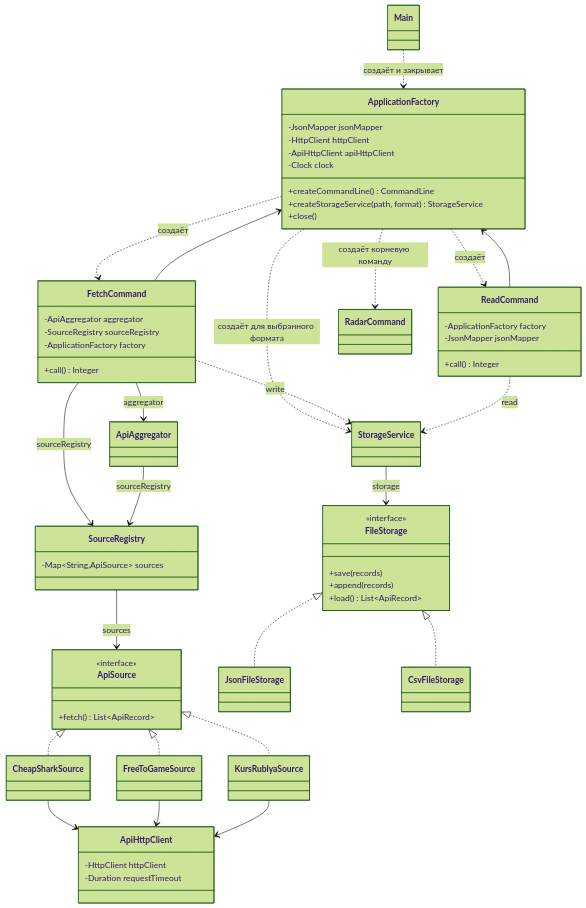
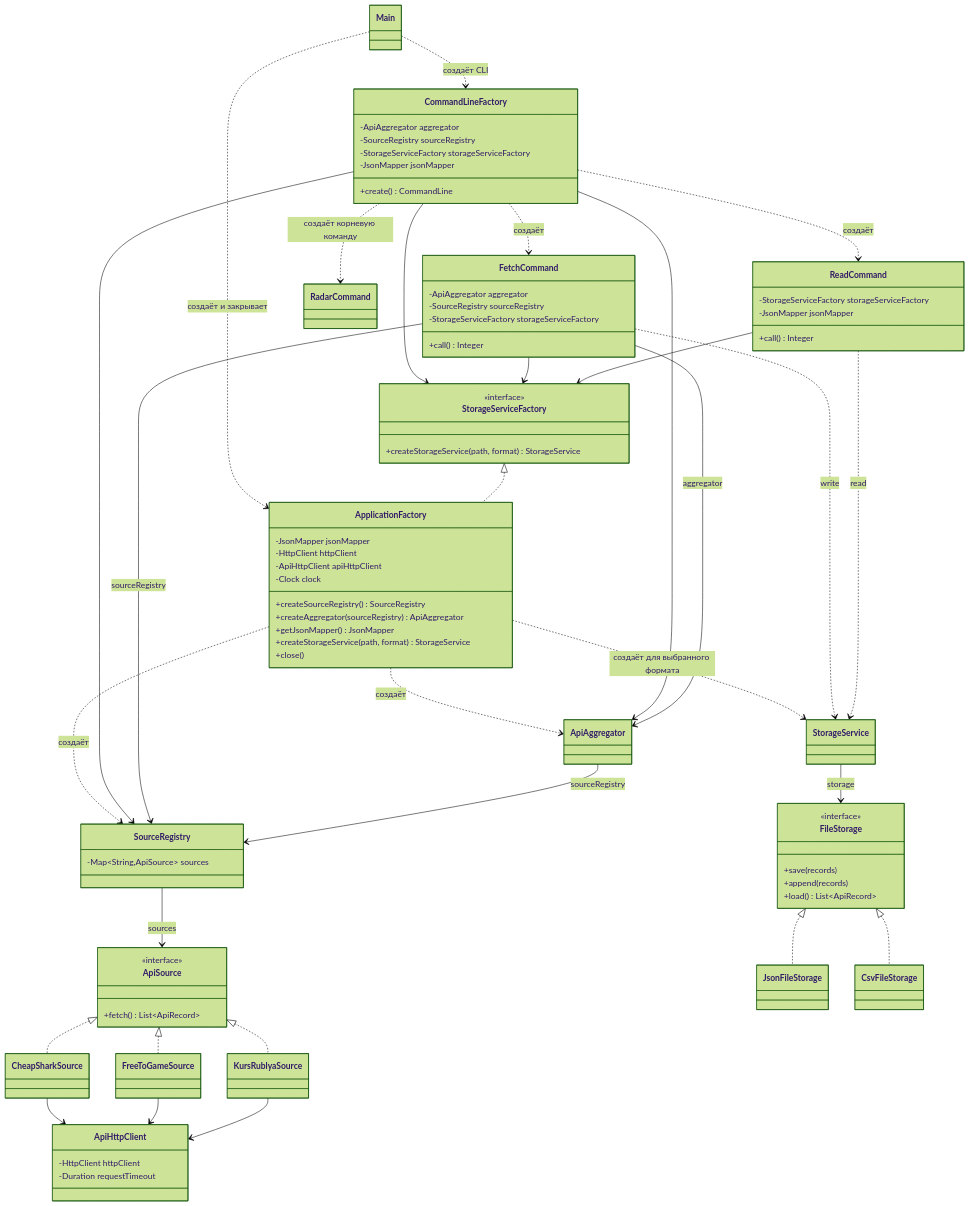
The diagram in README.md (AxellorWave/halyava-radar), drawn with Mermaid (forest theme) before and after one commit. The commit also changed other lines of this file and 85 other files, not shown here.

````diff
--- a/README.md
+++ b/README.md
@@ -75,62 +82,82 @@
 ```mermaid
 classDiagram
     class ApplicationFactory {
         -JsonMapper jsonMapper
         -HttpClient httpClient
         -ApiHttpClient apiHttpClient
         -Clock clock
-        +createCommandLine() CommandLine
+        +createSourceRegistry() SourceRegistry
+        +createAggregator(sourceRegistry) ApiAggregator
+        +getJsonMapper() JsonMapper
         +createStorageService(path, format) StorageService
         +close()
+    }
+    class StorageServiceFactory {
+        <<interface>>
+        +createStorageService(path, format) StorageService
+    }
+    class CommandLineFactory {
+        -ApiAggregator aggregator
+        -SourceRegistry sourceRegistry
+        -StorageServiceFactory storageServiceFactory
+        -JsonMapper jsonMapper
+        +create() CommandLine
     }
     class FetchCommand {
         -ApiAggregator aggregator
         -SourceRegistry sourceRegistry
-        -ApplicationFactory factory
+        -StorageServiceFactory storageServiceFactory
         +call() Integer
     }
     class ReadCommand {
-        -ApplicationFactory factory
+        -StorageServiceFactory storageServiceFactory
         -JsonMapper jsonMapper
         +call() Integer
     }
     class SourceRegistry {
         -Map~String,ApiSource~ sources
     }
     class ApiSource {
         <<interface>>
         +fetch() List~ApiRecord~
     }
     class ApiHttpClient {
         -HttpClient httpClient
         -Duration requestTimeout
     }
     class FileStorage {
         <<interface>>
         +save(records)
         +append(records)
         +load() List~ApiRecord~
     }
     Main ..> ApplicationFactory : создаёт и закрывает
-    ApplicationFactory ..> RadarCommand : создаёт корневую команду
-    ApplicationFactory ..> FetchCommand : создаёт
-    ApplicationFactory ..> ReadCommand : создаёт
+    Main ..> CommandLineFactory : создаёт CLI
+    ApplicationFactory ..> SourceRegistry : создаёт
+    ApplicationFactory ..> ApiAggregator : создаёт
+    StorageServiceFactory <|.. ApplicationFactory
+    CommandLineFactory ..> RadarCommand : создаёт корневую команду
+    CommandLineFactory ..> FetchCommand : создаёт
+    CommandLineFactory ..> ReadCommand : создаёт
+    CommandLineFactory --> ApiAggregator
+    CommandLineFactory --> SourceRegistry
+    CommandLineFactory --> StorageServiceFactory
     ApplicationFactory ..> StorageService : создаёт для выбранного формата
-    FetchCommand --> ApplicationFactory
-    ReadCommand --> ApplicationFactory
+    FetchCommand --> StorageServiceFactory
+    ReadCommand --> StorageServiceFactory
     FetchCommand --> ApiAggregator : aggregator
     FetchCommand --> SourceRegistry : sourceRegistry
     ApiAggregator --> SourceRegistry : sourceRegistry
     SourceRegistry --> ApiSource : sources
     ApiSource <|.. CheapSharkSource
     ApiSource <|.. FreeToGameSource
     ApiSource <|.. KursRublyaSource
     CheapSharkSource --> ApiHttpClient
     FreeToGameSource --> ApiHttpClient
     KursRublyaSource --> ApiHttpClient
     FetchCommand ..> StorageService : write
     ReadCommand ..> StorageService : read
     StorageService --> FileStorage : storage
     FileStorage <|.. JsonFileStorage
     FileStorage <|.. CsvFileStorage
 ```
````
